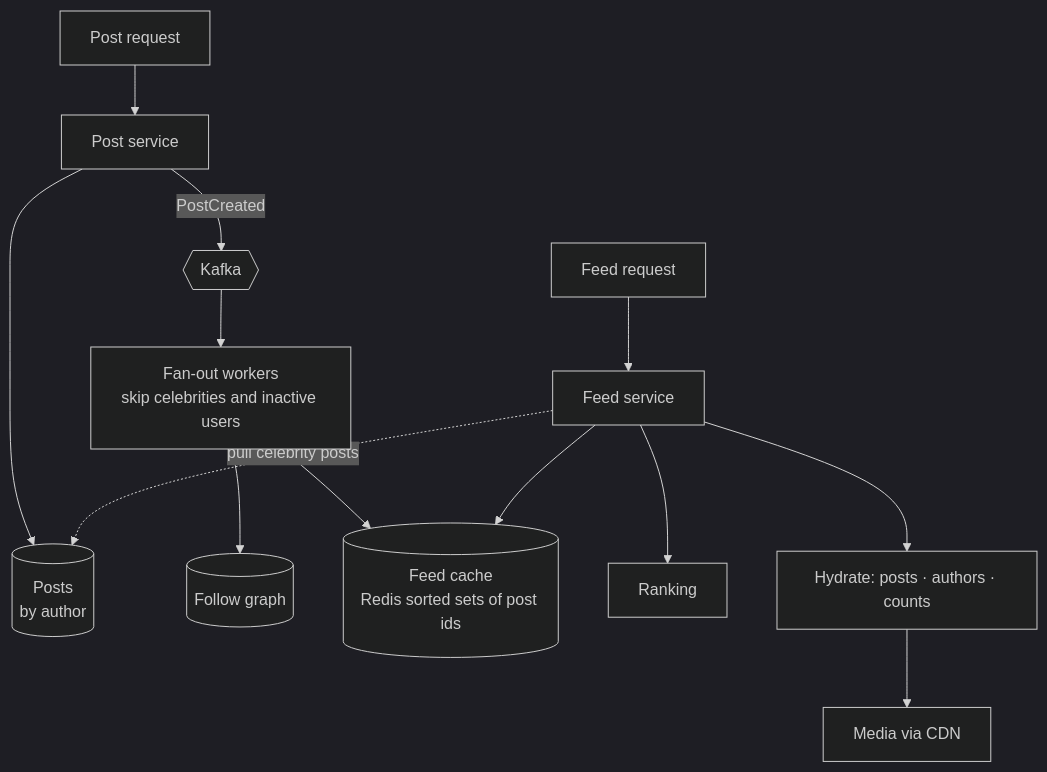
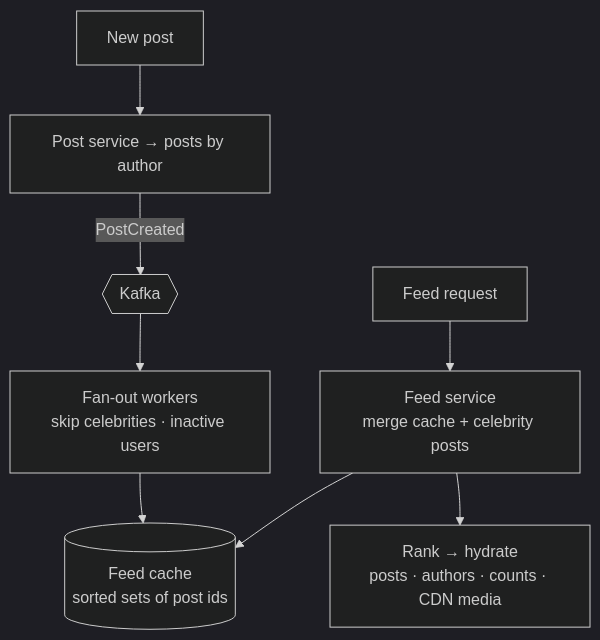
Before and after one commit to dhaval-76/engineering-field-guide: the diagram in src/content/topics/system-design/news-feed/diagrams/feed-architecture.mmd, drawn with Mermaid (dark theme). The commit also changed 22 other files, not shown here.

Commit message:
System design diagrams: narrow layouts for phones

```diff
--- a/src/content/topics/system-design/news-feed/diagrams/feed-architecture.mmd
+++ b/src/content/topics/system-design/news-feed/diagrams/feed-architecture.mmd
@@ -1,13 +1,8 @@
 flowchart TD
-  W[Post request] --> PS[Post service]
-  PS --> P[(Posts<br/>by author)]
+  W[New post] --> PS[Post service → posts by author]
   PS -- PostCreated --> K{{Kafka}}
-  K --> FO[Fan-out workers<br/>skip celebrities and inactive users]
-  FO --> G[(Follow graph)]
-  FO --> FC[(Feed cache<br/>Redis sorted sets of post ids)]
-  R[Feed request] --> FS[Feed service]
+  K --> FO[Fan-out workers<br/>skip celebrities · inactive users]
+  FO --> FC[(Feed cache<br/>sorted sets of post ids)]
+  R[Feed request] --> FS[Feed service<br/>merge cache + celebrity posts]
   FS --> FC
-  FS -. pull celebrity posts .-> P
-  FS --> RK[Ranking]
-  FS --> H[Hydrate: posts · authors · counts]
-  H --> CDN[Media via CDN]
+  FS --> RK[Rank → hydrate<br/>posts · authors · counts · CDN media]
```
